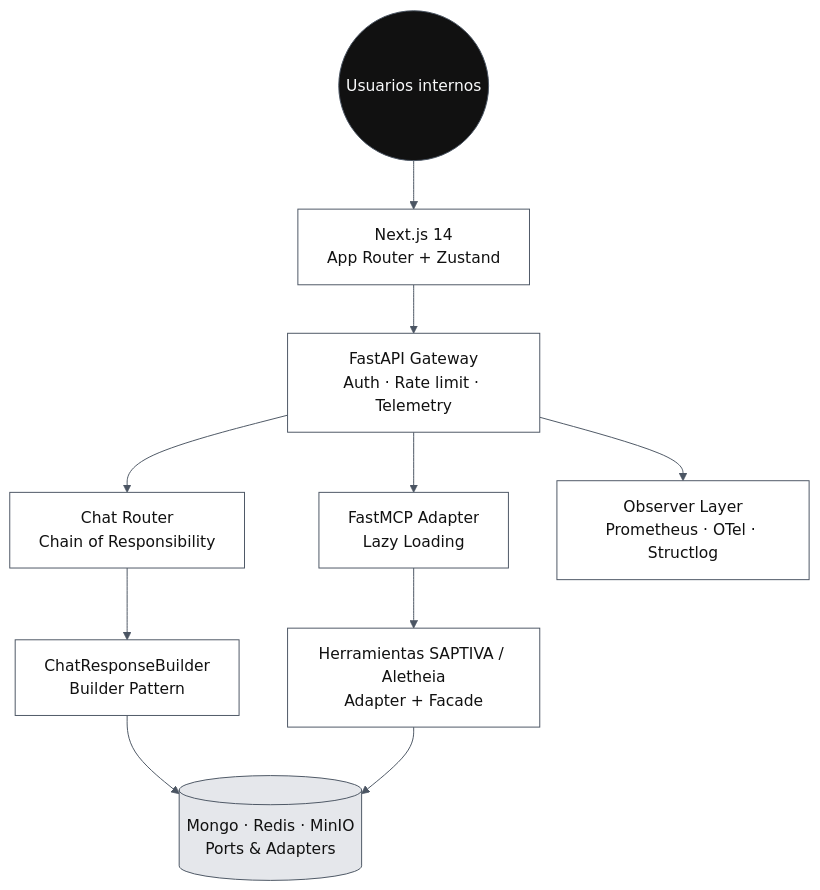
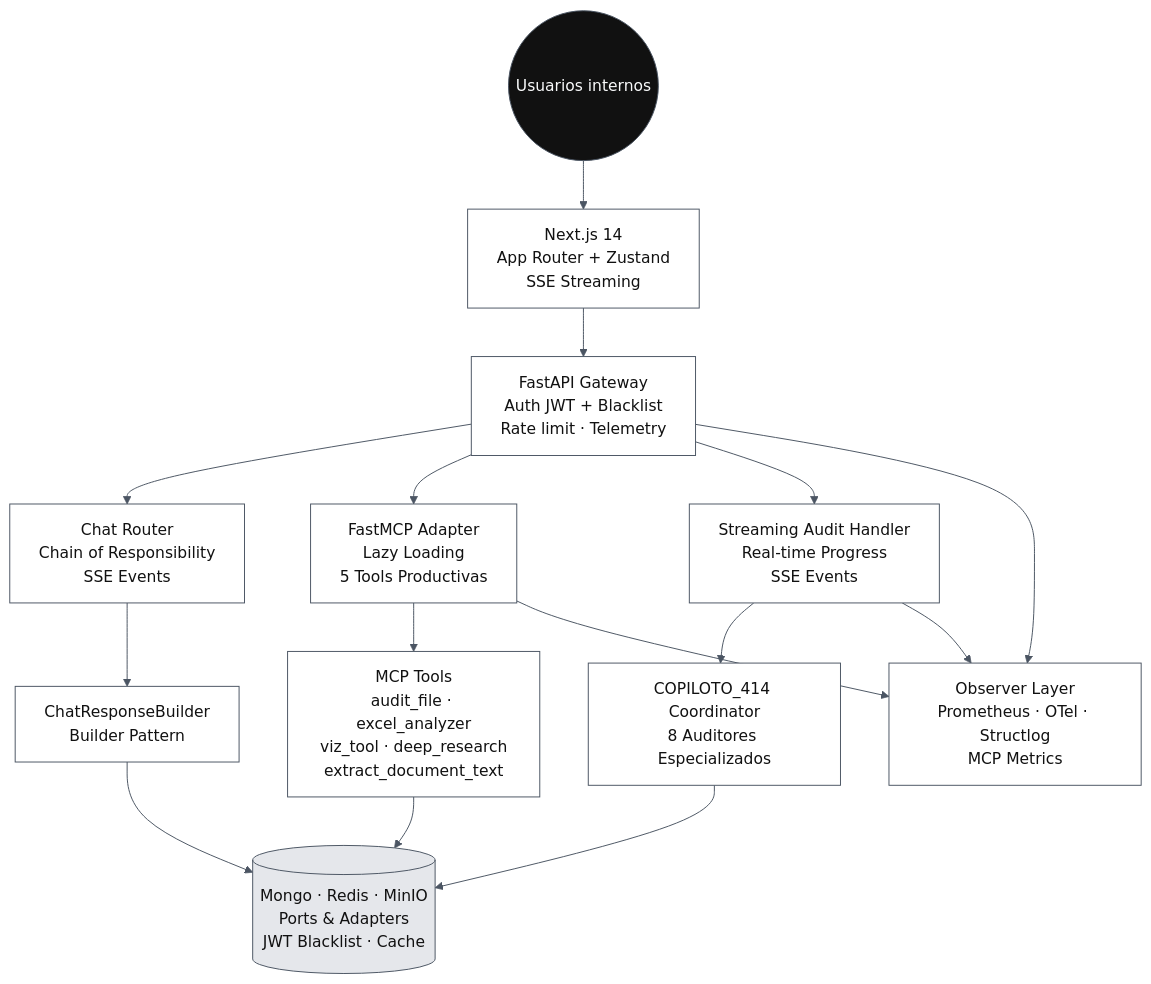
The first of 9 diagrams in README.md (saptiva-ai/octavios-chat), drawn with Mermaid before and after one commit. The commit also changed other lines of this file, not shown here.

First line of the commit message:
docs(architecture): enhance README diagrams with current platform state

````diff
--- a/README.md
+++ b/README.md
@@ -69,17 +69,26 @@
 ```mermaid
 %%{init: {'theme': 'base', 'themeVariables': {'primaryColor': '#111111','primaryBorderColor': '#4b5563','primaryTextColor': '#f9fafb','lineColor': '#4b5563','secondaryColor': '#ffffff','secondaryBorderColor': '#4b5563','secondaryTextColor': '#111111','tertiaryColor': '#d1d5db','tertiaryBorderColor': '#4b5563','tertiaryTextColor': '#111111'}}}%%
 flowchart TB
-    user((Usuarios internos)):::dark --> web["Next.js 14<br/>App Router + Zustand"]:::light
-    web --> gateway["FastAPI Gateway<br/>Auth · Rate limit · Telemetry"]:::light
-    gateway --> chat["Chat Router<br/>Chain of Responsibility"]:::light
-    gateway --> mcp["FastMCP Adapter<br/>Lazy Loading"]:::light
+    user((Usuarios internos)):::dark --> web["Next.js 14<br/>App Router + Zustand<br/>SSE Streaming"]:::light
+    web --> gateway["FastAPI Gateway<br/>Auth JWT + Blacklist<br/>Rate limit · Telemetry"]:::light
+
+    gateway --> chat["Chat Router<br/>Chain of Responsibility<br/>SSE Events"]:::light
+    gateway --> mcp["FastMCP Adapter<br/>Lazy Loading<br/>5 Tools Productivas"]:::light
+    gateway --> audit_stream["Streaming Audit Handler<br/>Real-time Progress<br/>SSE Events"]:::light
+
     chat --> builder["ChatResponseBuilder<br/>Builder Pattern"]:::light
-    mcp --> tools["Herramientas SAPTIVA / Aletheia<br/>Adapter + Facade"]:::light
-    builder --> persistence[(Mongo · Redis · MinIO<br/>Ports & Adapters)]:::gray
+    mcp --> tools["MCP Tools<br/>audit_file · excel_analyzer<br/>viz_tool · deep_research<br/>extract_document_text"]:::light
+    audit_stream --> coordinator["COPILOTO_414 Coordinator<br/>8 Auditores Especializados"]:::light
+
+    builder --> persistence[(Mongo · Redis · MinIO<br/>Ports & Adapters<br/>JWT Blacklist · Cache)]:::gray
     tools --> persistence
-    gateway --> observers["Observer Layer<br/>Prometheus · OTel · Structlog"]:::light
+    coordinator --> persistence
+
+    gateway --> observers["Observer Layer<br/>Prometheus · OTel · Structlog<br/>MCP Metrics"]:::light
+    mcp --> observers
+    audit_stream --> observers
 
     classDef dark fill:#111111,stroke:#4b5563,color:#f9fafb;
     classDef light fill:#ffffff,stroke:#4b5563,color:#111111;
     classDef gray fill:#e5e7eb,stroke:#4b5563,color:#111111;
 ```
````
